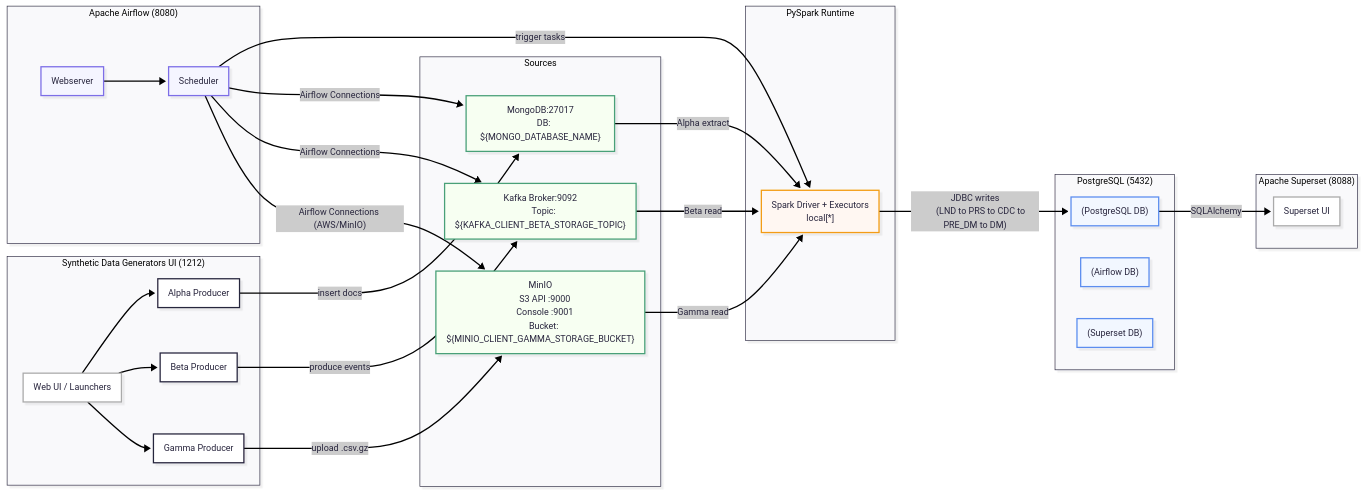
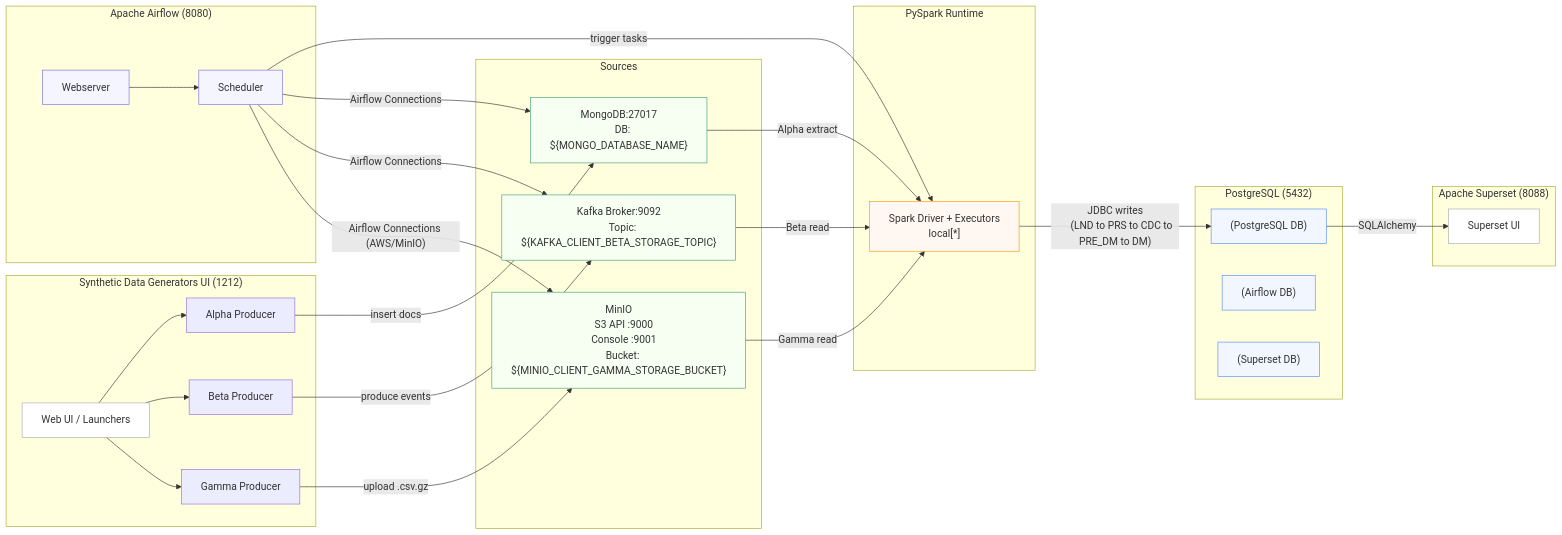
The first of 2 diagrams in docs/README.md (venkatcg00/Supports-Insights-Docker), drawn with Mermaid before and after one commit.

````diff
--- a/docs/README.md
+++ b/docs/README.md
@@ -68,71 +68,65 @@
 ```mermaid
----
-config:
-  layout: dagre
-  theme: redux
-  look: neo
----
 flowchart LR
  subgraph Sources["Sources"]
         M["MongoDB:27017
     DB: ${MONGO_DATABASE_NAME}"]
         K["Kafka Broker:9092
     Topic: ${KAFKA_CLIENT_BETA_STORAGE_TOPIC}"]
         S["MinIO
     S3 API :9000
     Console :9001
     Bucket: ${MINIO_CLIENT_GAMMA_STORAGE_BUCKET}"]
   end
  subgraph Generators["Synthetic Data Generators UI (1212)"]
         GU["Web UI / Launchers"]
         GAlpha["Alpha Producer"]
         GBeta["Beta Producer"]
         GGamma["Gamma Producer"]
   end
  subgraph Orchestration["Apache Airflow (8080)"]
         AW["Webserver"]
         AS["Scheduler"]
   end
  subgraph Processing["PySpark Runtime"]
         SP["Spark Driver + Executors
     local[*]"]
   end
  subgraph Storage["PostgreSQL (5432)"]
         PG_DB["(PostgreSQL DB)"]
         ADB["(Airflow DB)"]
         SDB["(Superset DB)"]
   end
  subgraph BI["Apache Superset (8088)"]
         SU["Superset UI"]
   end
     GU --> GAlpha & GBeta & GGamma
     AW --> AS
     GAlpha -- insert docs --> M
     GBeta -- produce events --> K
     GGamma -- "upload .csv.gz" --> S
     AS -- trigger tasks --> SP
     AS -- Airflow Connections --> M & K
     AS -- Airflow Connections (AWS/MinIO) --> S
     M -- Alpha extract --> SP
     K -- Beta read --> SP
     S -- Gamma read --> SP
     SP -- JDBC writes
       (LND to PRS to CDC to PRE_DM to DM) --> PG_DB
     PG_DB -- SQLAlchemy --> SU
      M:::source
      K:::source
      S:::source
      GU:::ui
      AW:::orches
      AS:::orches
      SP:::compute
      PG_DB:::store
      ADB:::store
      SDB:::store
      SU:::ui
     classDef store fill:#f2f7ff,stroke:#5b8def
     classDef source fill:#f7fff2,stroke:#49a078
     classDef compute fill:#fff7f2,stroke:#f39c12
     classDef orches fill:#f5f5ff,stroke:#7d6ee7
     classDef ui fill:#fff,stroke:#aaa
 ```
````
